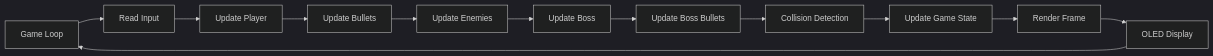
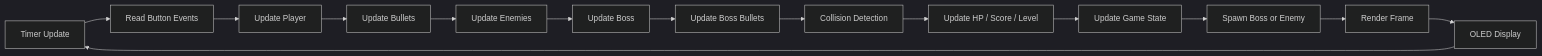
The second of 9 diagrams in application/docs/03-software-architecture.md (phihungnguyen1402-byte/Monster-Shooter_Game), drawn with Mermaid (dark theme) before and after one commit. The commit also changed other lines of this file, not shown here.

````diff
--- a/application/docs/03-software-architecture.md
+++ b/application/docs/03-software-architecture.md
@@ -69,27 +72,31 @@
 ```mermaid
 flowchart LR
 
-A[Game Loop]
+A[Timer Update]
 
-A --> B[Read Input]
+A --> B[Read Button Events]
 
 B --> C[Update Player]
 
 C --> D[Update Bullets]
 
 D --> E[Update Enemies]
 
 E --> F[Update Boss]
 
 F --> G[Update Boss Bullets]
 
 G --> H[Collision Detection]
 
-H --> I[Update Game State]
+H --> I[Update HP / Score / Level]
 
-I --> J[Render Frame]
+I --> J[Update Game State]
 
-J --> K[OLED Display]
+J --> K[Spawn Boss or Enemy]
 
-K --> A
+K --> L[Render Frame]
+
+L --> M[OLED Display]
+
+M --> A
 ```
````
